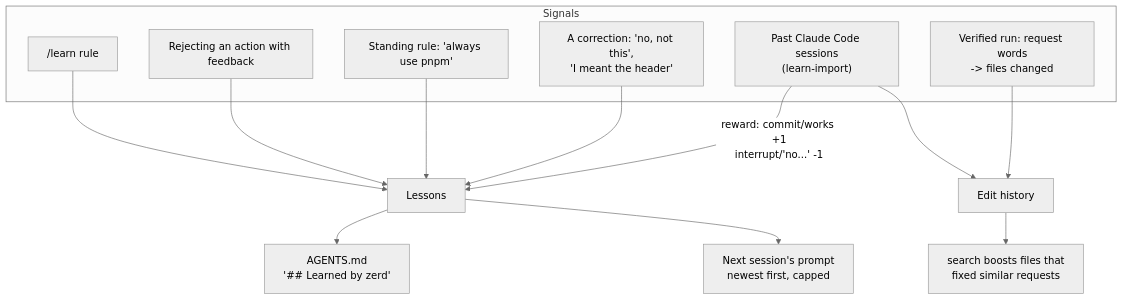
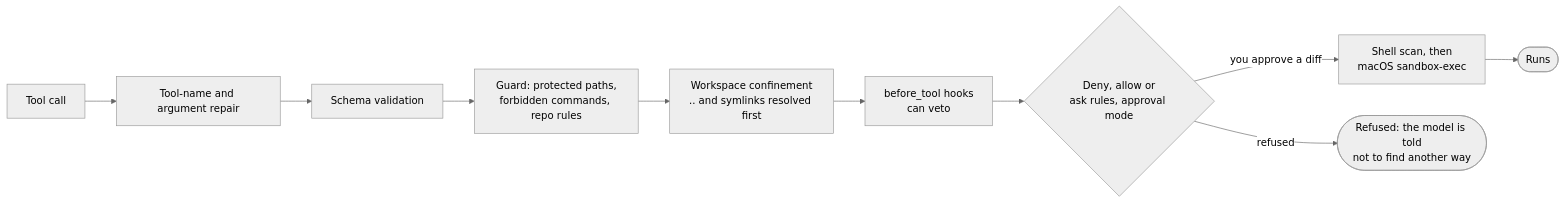
The tenth of 10 diagrams in README.md (Adityaadpandey/melon-harness), drawn with Mermaid (neutral theme) before and after one commit. The commit also changed other lines of this file, not shown here.

Commit message:
README: rewrite around checked work, add the MiniMax M3 vs Sonnet 5.5 webhook round and diagrams for the flow, verify, review, context, memory, routing and safety

````diff
--- a/README.md
+++ b/README.md
@@ -764,18 +500,12 @@
 ```mermaid
-flowchart TB
-    subgraph IN["Signals"]
-        S1["/learn rule"]
-        S2["Rejecting an action with feedback"]
-        S3["Standing rule: 'always use pnpm'"]
-        S4["A correction: 'no, not this',<br/>'I meant the header'"]
-        S5["Verified run: request words<br/>-> files changed"]
-        S6["Past Claude Code sessions<br/>(learn-import)"]
-    end
-    S1 & S2 & S3 & S4 --> LES["Lessons"]
-    S6 -->|"reward: commit/works +1<br/>interrupt/'no...' -1"| LES
-    S6 --> EH
-    S5 --> EH["Edit history"]
-    LES --> AG["AGENTS.md<br/>'## Learned by zerd'"]
-    LES --> PROMPT["Next session's prompt<br/>newest first, capped"]
-    EH --> SEARCH["search boosts files that<br/>fixed similar requests"]
+flowchart LR
+    C["Tool call"] --> R1["Tool-name and argument repair"]
+    R1 --> R2["Schema validation"]
+    R2 --> G1["Guard: protected paths,<br/>forbidden commands, repo rules"]
+    G1 --> G2["Workspace confinement<br/>.. and symlinks resolved first"]
+    G2 --> H["before_tool hooks<br/>can veto"]
+    H --> AP{"Deny, allow or<br/>ask rules, approval mode"}
+    AP -->|"you approve a diff"| X
+    AP -->|refused| NO(["Refused: the model is told<br/>not to find another way"])
+    X["Shell scan, then<br/>macOS sandbox-exec"] --> RUN(["Runs"])
 ```
````
